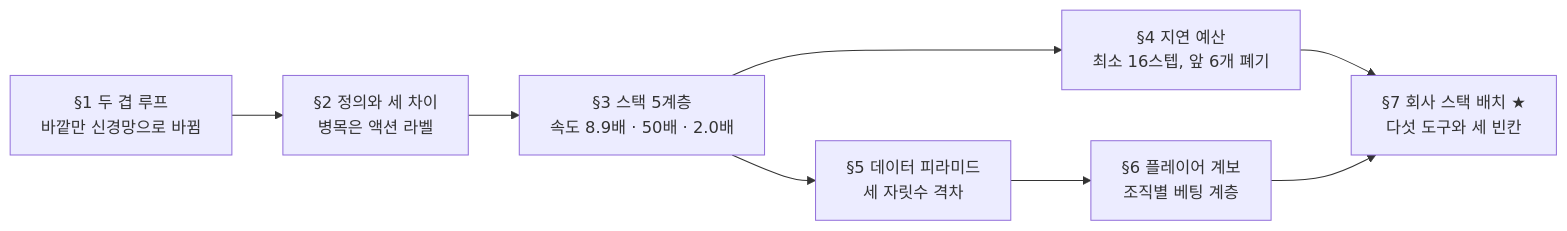
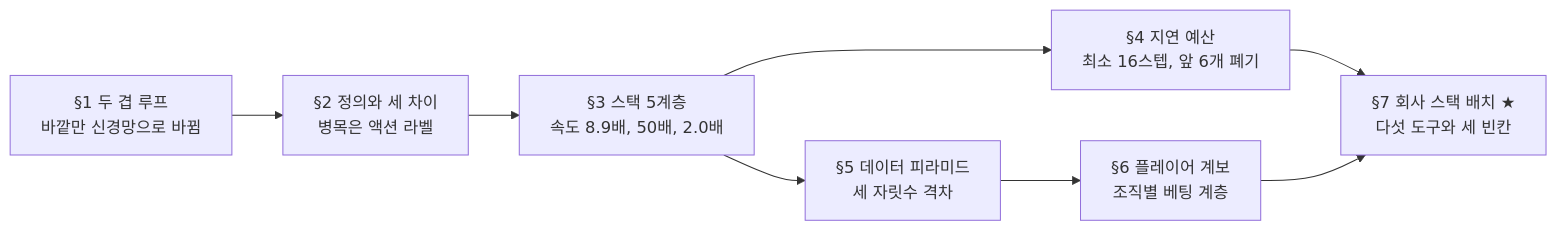
One commit to sguys99/physical-ai-study changed the fourth of 4 diagrams in course/w1-generative-core/01-physical-ai-landscape/lesson.md. Above: the diagram before and after it, drawn with Mermaid. The commit also changed other lines of this file and 3 other files, not shown here.

````diff
--- a/course/w1-generative-core/01-physical-ai-landscape/lesson.md
+++ b/course/w1-generative-core/01-physical-ai-landscape/lesson.md
@@ -655,10 +655,10 @@
 ```mermaid
 flowchart LR
   S1["§1 두 겹 루프<br/>바깥만 신경망으로 바뀜"] --> S2["§2 정의와 세 차이<br/>병목은 액션 라벨"]
-  S2 --> S3["§3 스택 5계층<br/>속도 8.9배 · 50배 · 2.0배"]
+  S2 --> S3["§3 스택 5계층<br/>속도 8.9배, 50배, 2.0배"]
   S3 --> S4["§4 지연 예산<br/>최소 16스텝, 앞 6개 폐기"]
   S3 --> S5["§5 데이터 피라미드<br/>세 자릿수 격차"]
   S4 --> S7["§7 회사 스택 배치 ★<br/>다섯 도구와 세 빈칸"]
   S5 --> S6["§6 플레이어 계보<br/>조직별 베팅 계층"]
   S6 --> S7
 ```
````
